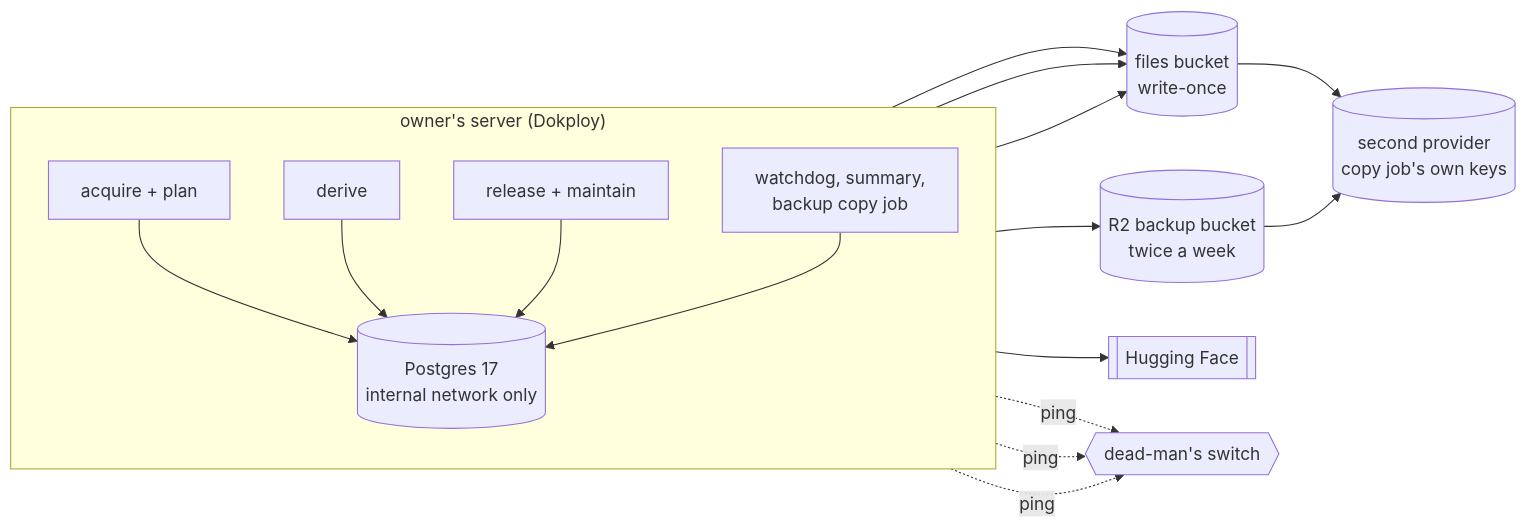
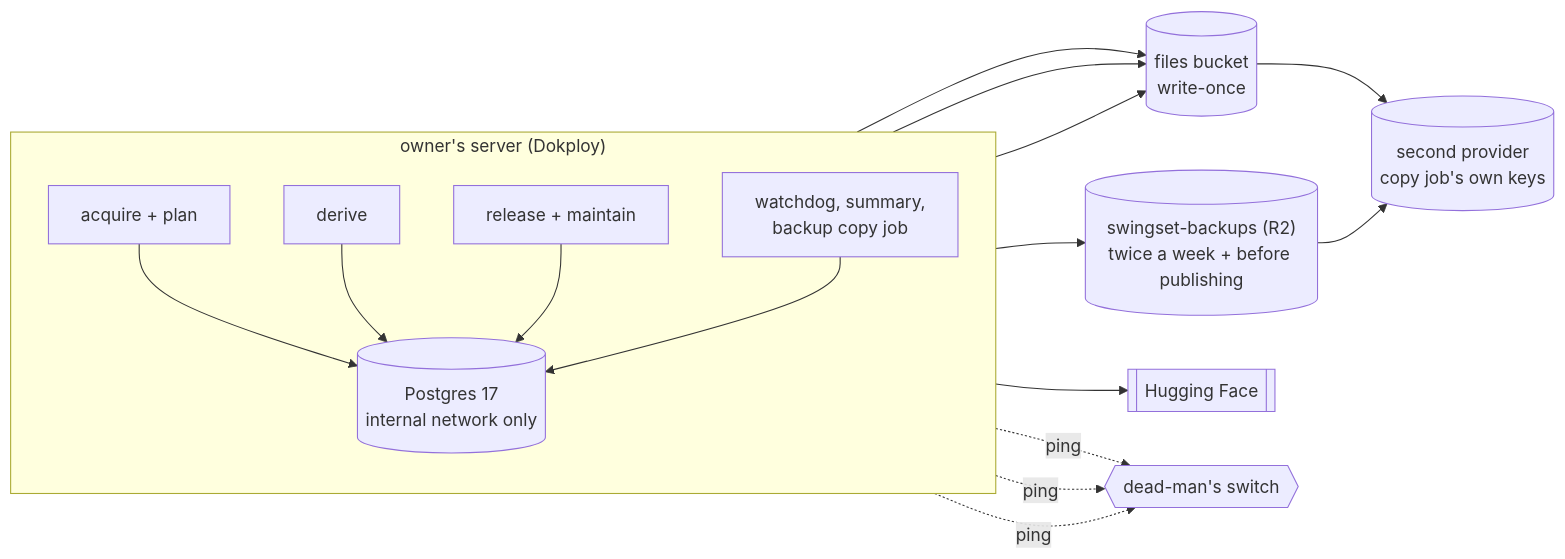
One commit to skeswa/swingset changed the first of 2 diagrams in docs/plans/postgres-migration/4-hosting.md. Above: the diagram before and after it, drawn with Mermaid. The commit also changed other lines of this file and 15 other files, not shown here.

````diff
--- a/docs/plans/postgres-migration/4-hosting.md
+++ b/docs/plans/postgres-migration/4-hosting.md
@@ -30,22 +35,22 @@
 ```mermaid
 flowchart LR
   subgraph server["owner's server (Dokploy)"]
     direction TB
     s1["acquire + plan"]
     s2["derive"]
     s3["release + maintain"]
     s4["watchdog, summary,<br/>backup copy job"]
     pg[("Postgres 17<br/>internal network only")]
     s1 & s2 & s3 & s4 --> pg
   end
   b1[("files bucket<br/>write-once")]
-  b2[("R2 backup bucket<br/>twice a week")]
+  b2[("swingset-backups (R2)<br/>twice a week + before publishing")]
   b3[("second provider<br/>copy job's own keys")]
   hf[[Hugging Face]]
   dms{{dead-man's switch}}
   s1 & s2 & s3 --> b1
   pg --> b2
   b1 & b2 --> b3
   s3 --> hf
   s1 & s2 & s3 -. ping .-> dms
 ```
````
